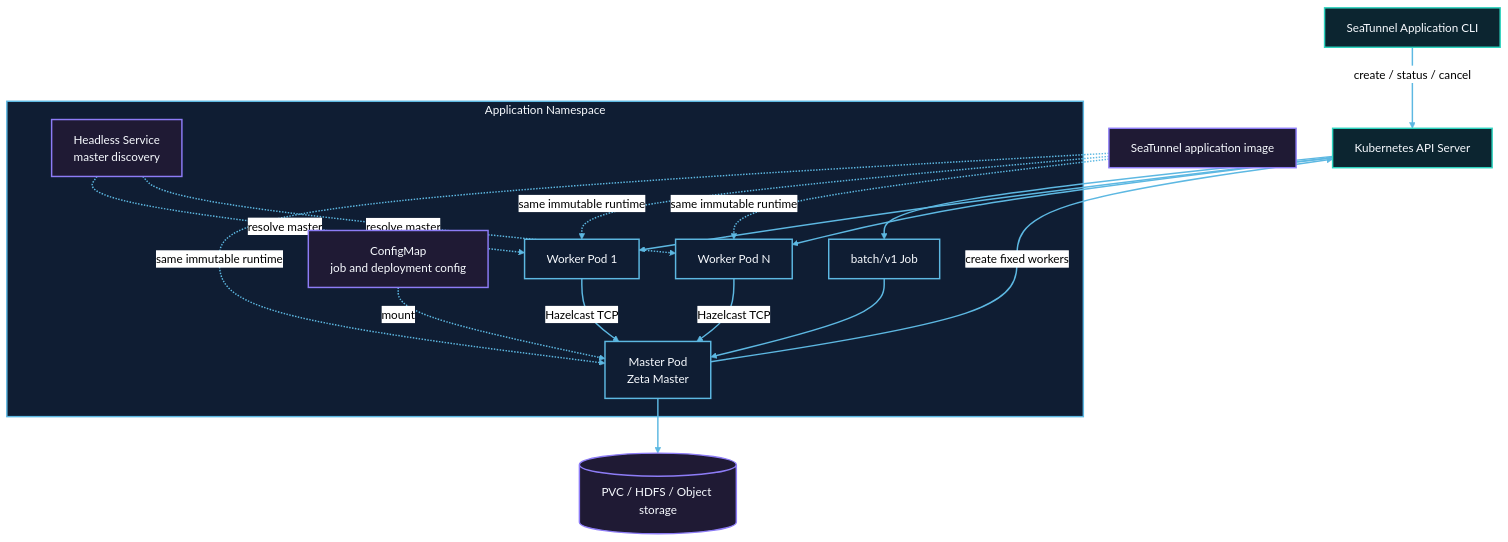
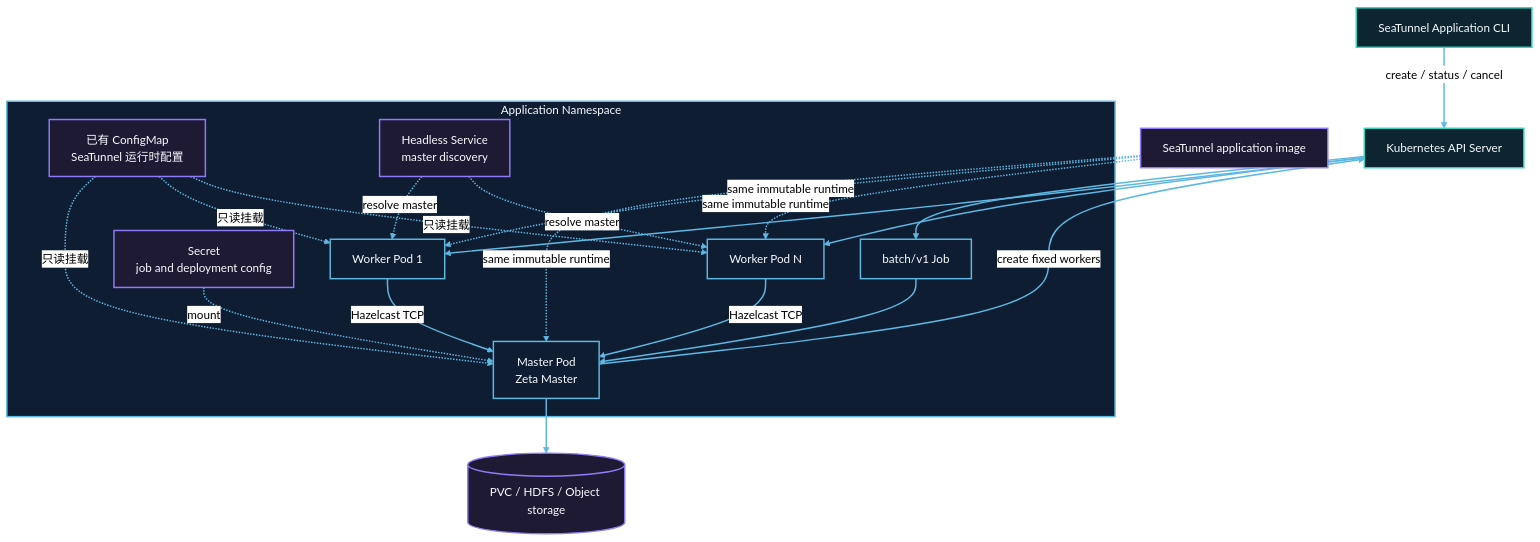
One commit to apache/seatunnel changed the diagram in docs/zh/application/kubernetes/architecture.md. Above: the diagram before and after it, drawn with Mermaid (neutral theme). The commit also changed other lines of this file and 78 other files, not shown here.

````diff
--- a/docs/zh/application/kubernetes/architecture.md
+++ b/docs/zh/application/kubernetes/architecture.md
@@ -10,40 +10,44 @@
 ```mermaid
 flowchart TB
   client["SeaTunnel Application CLI"]
   api["Kubernetes API Server"]
   image["SeaTunnel application image"]
   checkpoint[("PVC / HDFS / Object storage")]
 
   subgraph ns["Application Namespace"]
     job["batch/v1 Job"]
-    config["ConfigMap<br/>job and deployment config"]
+    config["Secret<br/>job and deployment config"]
+    runtimeConfig["已有 ConfigMap<br/>SeaTunnel 运行时配置"]
     service["Headless Service<br/>master discovery"]
     master["Master Pod<br/>Zeta Master"]
     worker1["Worker Pod 1"]
     workerN["Worker Pod N"]
   end
 
   client -->|create / status / cancel| api
   api --> job
   job --> master
   config -. mount .-> master
+  runtimeConfig -. 只读挂载 .-> master
+  runtimeConfig -. 只读挂载 .-> worker1
+  runtimeConfig -. 只读挂载 .-> workerN
   service -. resolve master .-> worker1
   service -. resolve master .-> workerN
   master -->|create fixed workers| api
   api --> worker1
   api --> workerN
   image -. same immutable runtime .-> master
   image -. same immutable runtime .-> worker1
   image -. same immutable runtime .-> workerN
   worker1 -->|Hazelcast TCP| master
   workerN -->|Hazelcast TCP| master
   master --> checkpoint
 
   classDef layerBlue fill:#0f1d33,stroke:#5db8e2,stroke-width:2px,color:#f8fbff;
   classDef layerCyan fill:#0c2530,stroke:#2dd4bf,stroke-width:2px,color:#f8fbff;
   classDef layerPurple fill:#1f1a34,stroke:#8d7cf6,stroke-width:2px,color:#f8fbff;
   class client,api layerCyan;
   class ns,job,master,worker1,workerN layerBlue;
-  class config,service,image,checkpoint layerPurple;
+  class config,runtimeConfig,service,image,checkpoint layerPurple;
   linkStyle default stroke:#5db8e2,stroke-width:2px;
 ```
````
